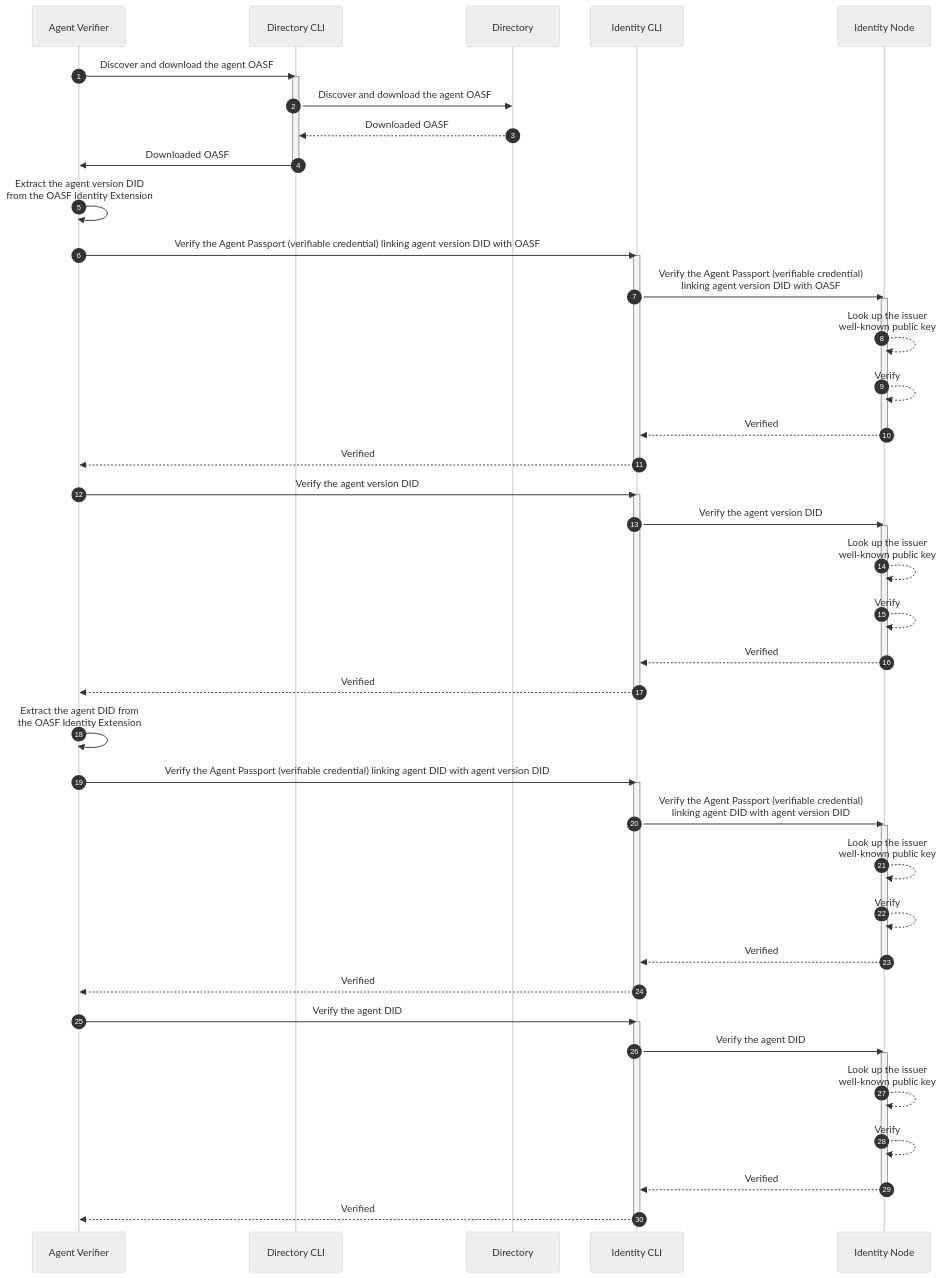
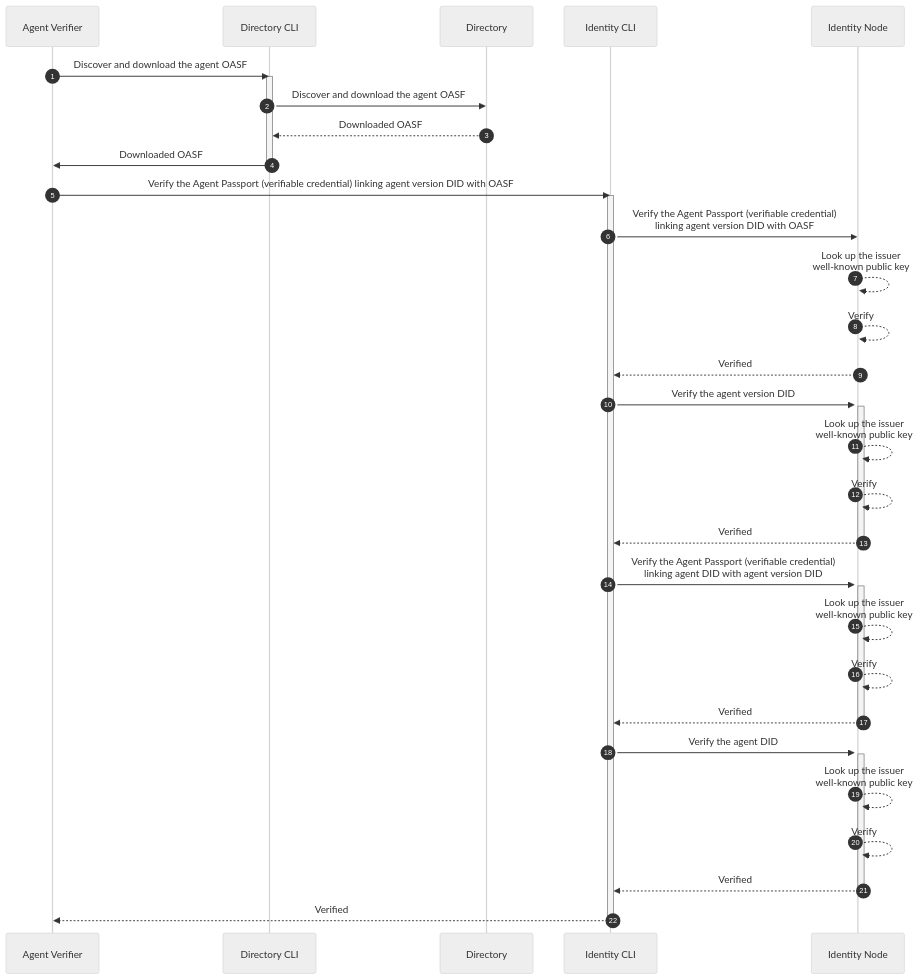
The third of 3 diagrams in docs-src/docs/specs/flows/agntcy.md (agntcy/identity-spec), drawn with Mermaid (neutral theme) before and after one commit.

Commit message:
fix: simplify verifier flow

````diff
--- a/docs-src/docs/specs/flows/agntcy.md
+++ b/docs-src/docs/specs/flows/agntcy.md
@@ -123,62 +123,47 @@
 ```mermaid
 sequenceDiagram
 autonumber
 
 % Discover + download the agent OASF
 Agent Verifier->>Directory CLI: Discover and download the agent OASF
 activate Directory CLI
 Directory CLI->>Directory: Discover and download the agent OASF
 Directory-->>Directory CLI: Downloaded OASF
 Directory CLI->>Agent Verifier: Downloaded OASF
 deactivate Directory CLI
 
 % Verify the agent version DID linking OASF verifiable credential
-Agent Verifier->>Agent Verifier: Extract the agent version DID<br/>from the OASF Identity Extension
 Agent Verifier->>Identity CLI: Verify the Agent Passport (verifiable credential) linking agent version DID with OASF
 activate Identity CLI
 Identity CLI->>Identity Node: Verify the Agent Passport (verifiable credential)<br/>linking agent version DID with OASF
 activate Identity Node
 Identity Node-->>Identity Node: Look up the issuer<br/>well-known public key
 Identity Node-->>Identity Node: Verify
 Identity Node-->>Identity CLI: Verified
-deactivate Identity Node
-Identity CLI-->>Agent Verifier: Verified
-deactivate Identity CLI
 
-% Verify the agent version DID
-Agent Verifier->>Identity CLI: Verify the agent version DID
-activate Identity CLI
+% Verify the agent version DID linking OASF verifiable credential
 Identity CLI->>Identity Node: Verify the agent version DID
 activate Identity Node
 Identity Node-->>Identity Node: Look up the issuer<br/>well-known public key
 Identity Node-->>Identity Node: Verify
 Identity Node-->>Identity CLI: Verified
 deactivate Identity Node
-Identity CLI-->>Agent Verifier: Verified
-deactivate Identity CLI
 
 % Verify the agent DID linking agent version DID verifiable credential
-Agent Verifier->>Agent Verifier: Extract the agent DID from<br/>the OASF Identity Extension
-Agent Verifier->>Identity CLI: Verify the Agent Passport (verifiable credential) linking agent DID with agent version DID
-activate Identity CLI
 Identity CLI->>Identity Node: Verify the Agent Passport (verifiable credential)<br/>linking agent DID with agent version DID
 activate Identity Node
 Identity Node-->>Identity Node: Look up the issuer<br/>well-known public key
 Identity Node-->>Identity Node: Verify
 Identity Node-->>Identity CLI: Verified
 deactivate Identity Node
-Identity CLI-->>Agent Verifier: Verified
-deactivate Identity CLI
 
 % Verify the agent DID
-Agent Verifier->>Identity CLI: Verify the agent DID
-activate Identity CLI
 Identity CLI->>Identity Node: Verify the agent DID
 activate Identity Node
 Identity Node-->>Identity Node: Look up the issuer<br/>well-known public key
 Identity Node-->>Identity Node: Verify
 Identity Node-->>Identity CLI: Verified
 deactivate Identity Node
 Identity CLI-->>Agent Verifier: Verified
 deactivate Identity CLI
 ```
````
